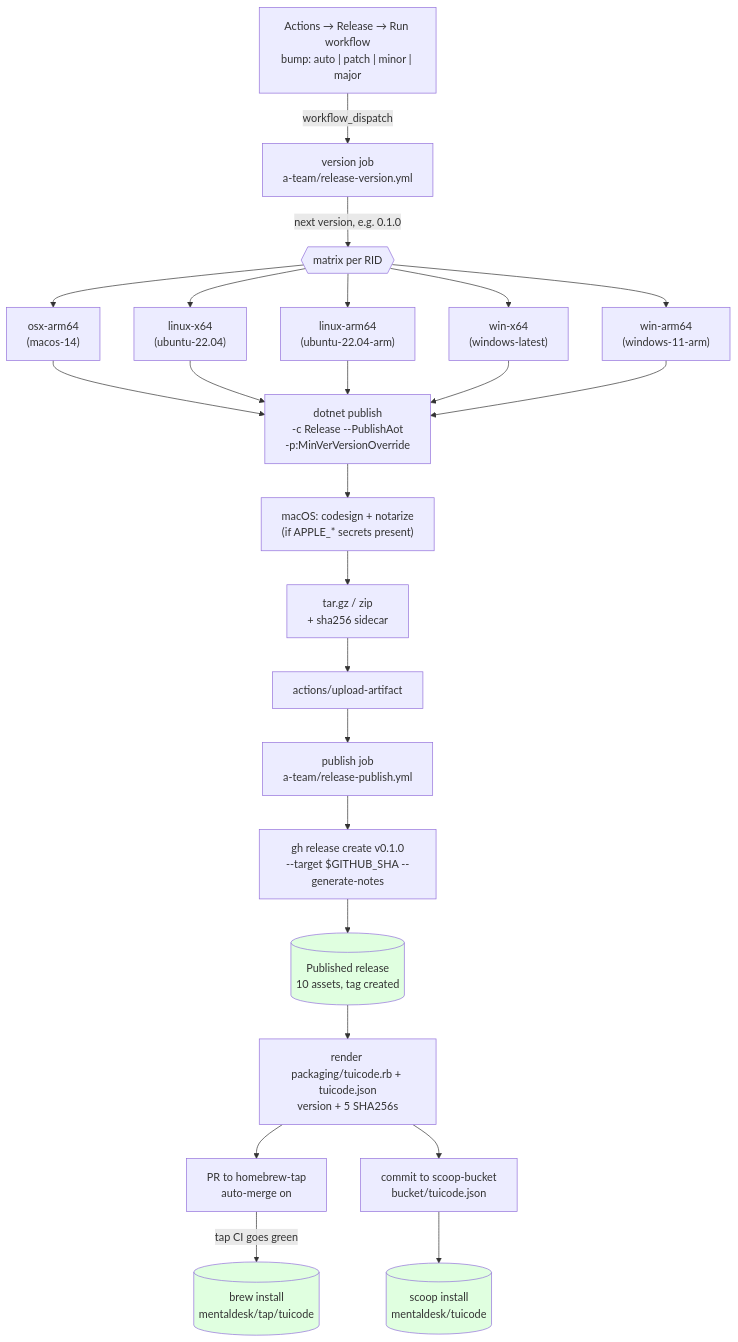
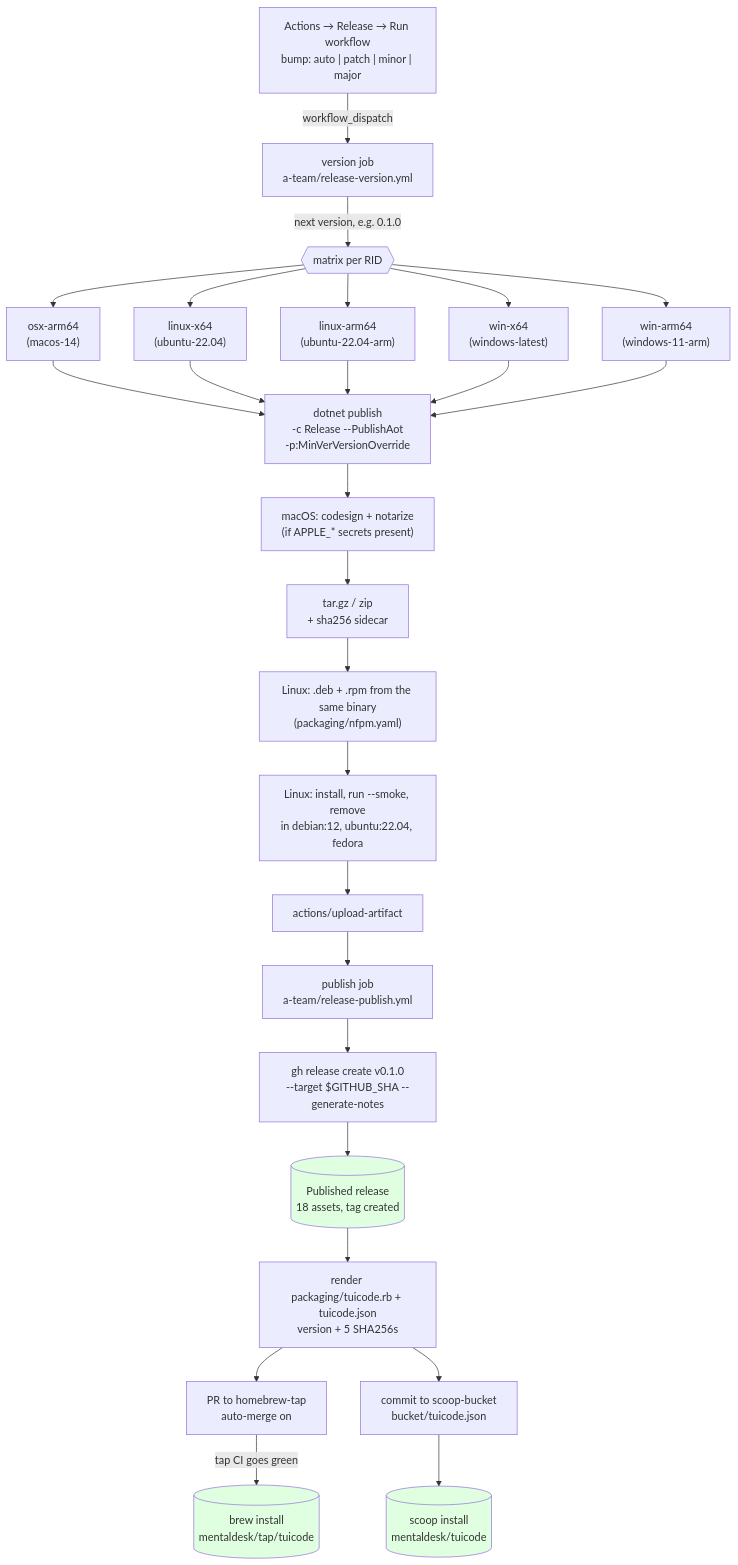
One commit to mentaldesk/TuiCode changed the first of 2 diagrams in CONTRIBUTING.md. Above: the diagram before and after it, drawn with Mermaid. The commit also changed other lines of this file and 8 other files, not shown here.

First line of the commit message:
Attach .deb and .rpm packages for x64 and arm64 to each release

````diff
--- a/CONTRIBUTING.md
+++ b/CONTRIBUTING.md
@@ -28,35 +28,37 @@
 ```mermaid
 flowchart TD
     Click["Actions → Release → Run workflow<br/>bump: auto | patch | minor | major"]
     Click -->|workflow_dispatch| Version["version job<br/>a-team/release-version.yml"]
     Version -->|"next version, e.g. 0.1.0"| Matrix{{"matrix per RID"}}
 
     Matrix --> A["osx-arm64<br/>(macos-14)"]
     Matrix --> B["linux-x64<br/>(ubuntu-22.04)"]
     Matrix --> C["linux-arm64<br/>(ubuntu-22.04-arm)"]
     Matrix --> D["win-x64<br/>(windows-latest)"]
     Matrix --> E["win-arm64<br/>(windows-11-arm)"]
 
     A --> Publish["dotnet publish<br/>-c Release --PublishAot<br/>-p:MinVerVersionOverride"]
     B --> Publish
     C --> Publish
     D --> Publish
     E --> Publish
 
     Publish --> Sign["macOS: codesign + notarize<br/>(if APPLE_* secrets present)"]
     Sign --> Archive["tar.gz / zip<br/>+ sha256 sidecar"]
-    Archive --> Upload["actions/upload-artifact"]
+    Archive --> Packages["Linux: .deb + .rpm from the same binary<br/>(packaging/nfpm.yaml)"]
+    Packages --> Smoke["Linux: install, run --smoke, remove<br/>in debian:12, ubuntu:22.04, fedora"]
+    Smoke --> Upload["actions/upload-artifact"]
 
     Upload --> Pub["publish job<br/>a-team/release-publish.yml"]
     Pub --> Tag["gh release create v0.1.0<br/>--target $GITHUB_SHA --generate-notes"]
-    Tag --> Public[("Published release<br/>10 assets, tag created")]
+    Tag --> Public[("Published release<br/>18 assets, tag created")]
     Public --> Render["render packaging/tuicode.rb + tuicode.json<br/>version + 5 SHA256s"]
     Render --> TapPR["PR to homebrew-tap<br/>auto-merge on"]
     TapPR -->|tap CI goes green| Brew[("brew install<br/>mentaldesk/tap/tuicode")]
     Render --> Bucket["commit to scoop-bucket<br/>bucket/tuicode.json"]
     Bucket --> Scoop[("scoop install<br/>mentaldesk/tuicode")]
 
     style Public fill:#e0ffe0
     style Brew fill:#e0ffe0
     style Scoop fill:#e0ffe0
 ```
````
